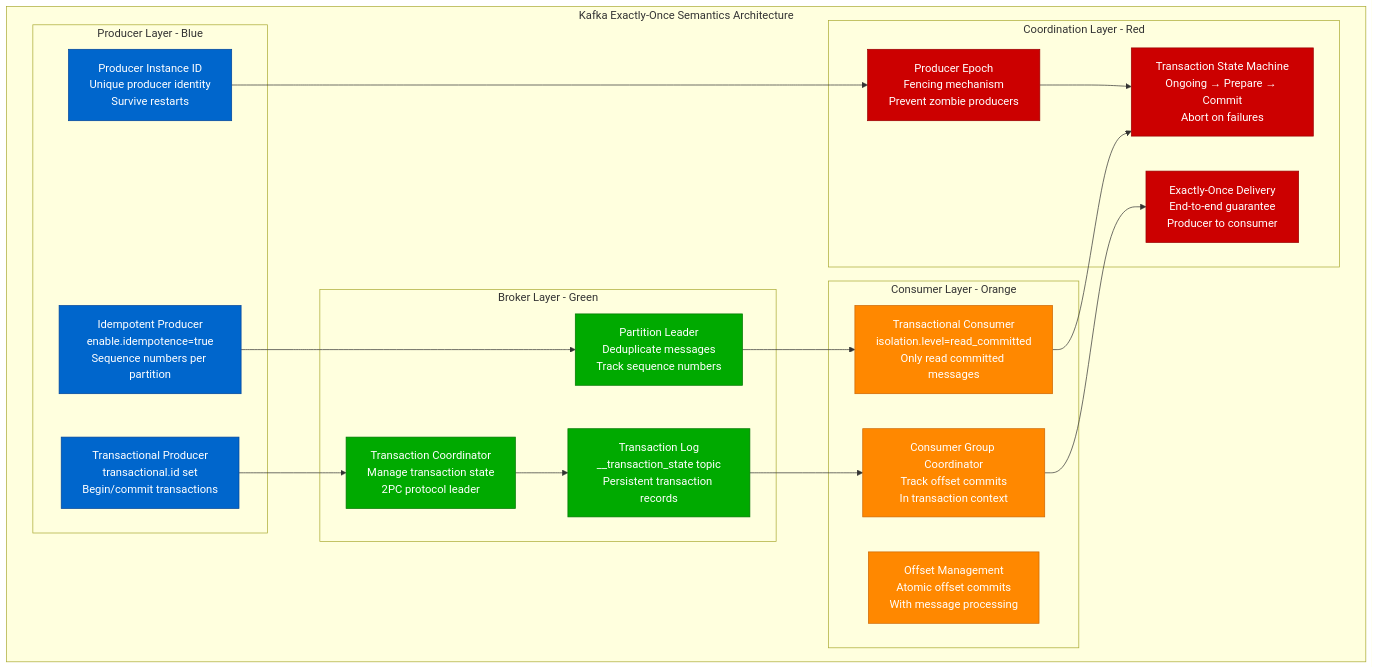
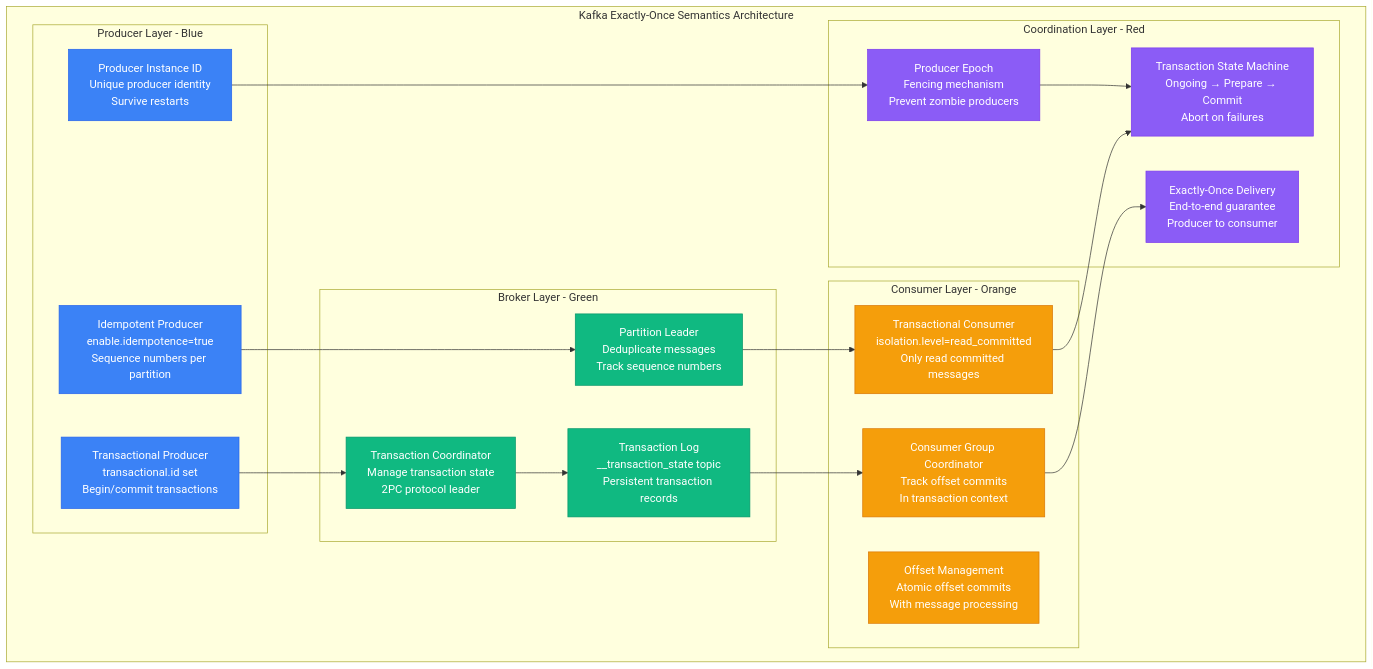
Before and after one commit to deepaucksharma/DS: the first of 10 diagrams in site/docs/guarantees/exactly-once/exactly-once-kafka.md, drawn with Mermaid. The commit also changed other lines of this file and 303 other files, not shown here.

````diff
--- a/site/docs/guarantees/exactly-once/exactly-once-kafka.md
+++ b/site/docs/guarantees/exactly-once/exactly-once-kafka.md
@@ -9,52 +9,52 @@
 ```mermaid
 graph TB
     subgraph KafkaEOSArchitecture[Kafka Exactly-Once Semantics Architecture]
         subgraph ProducerLayer[Producer Layer - Blue]
             PL1[Idempotent Producer<br/>enable.idempotence=true<br/>Sequence numbers per partition]
             PL2[Transactional Producer<br/>transactional.id set<br/>Begin/commit transactions]
             PL3[Producer Instance ID<br/>Unique producer identity<br/>Survive restarts]
         end
 
         subgraph BrokerLayer[Broker Layer - Green]
             BL1[Transaction Coordinator<br/>Manage transaction state<br/>2PC protocol leader]
             BL2[Partition Leader<br/>Deduplicate messages<br/>Track sequence numbers]
             BL3[Transaction Log<br/>__transaction_state topic<br/>Persistent transaction records]
         end
 
         subgraph ConsumerLayer[Consumer Layer - Orange]
             CL1[Transactional Consumer<br/>isolation.level=read_committed<br/>Only read committed messages]
             CL2[Consumer Group Coordinator<br/>Track offset commits<br/>In transaction context]
             CL3[Offset Management<br/>Atomic offset commits<br/>With message processing]
         end
 
         subgraph CoordinationLayer[Coordination Layer - Red]
             CoL1[Producer Epoch<br/>Fencing mechanism<br/>Prevent zombie producers]
             CoL2[Transaction State Machine<br/>Ongoing → Prepare → Commit<br/>Abort on failures]
             CoL3[Exactly-Once Delivery<br/>End-to-end guarantee<br/>Producer to consumer]
         end
     end
 
     %% Flow connections
     PL1 --> BL2
     PL2 --> BL1
     PL3 --> CoL1
 
     BL1 --> BL3
     BL2 --> CL1
     BL3 --> CL2
 
     CL1 --> CoL2
     CL2 --> CoL3
     CoL1 --> CoL2
 
     %% Apply 4-plane colors
-    classDef producerStyle fill:#0066CC,stroke:#004499,color:#fff
-    classDef brokerStyle fill:#00AA00,stroke:#007700,color:#fff
-    classDef consumerStyle fill:#FF8800,stroke:#CC6600,color:#fff
-    classDef coordinationStyle fill:#CC0000,stroke:#990000,color:#fff
+    classDef producerStyle fill:#3B82F6,stroke:#2563EB,color:#fff
+    classDef brokerStyle fill:#10B981,stroke:#059669,color:#fff
+    classDef consumerStyle fill:#F59E0B,stroke:#D97706,color:#fff
+    classDef coordinationStyle fill:#8B5CF6,stroke:#7C3AED,color:#fff
 
     class PL1,PL2,PL3 producerStyle
     class BL1,BL2,BL3 brokerStyle
     class CL1,CL2,CL3 consumerStyle
     class CoL1,CoL2,CoL3 coordinationStyle
 ```
````
